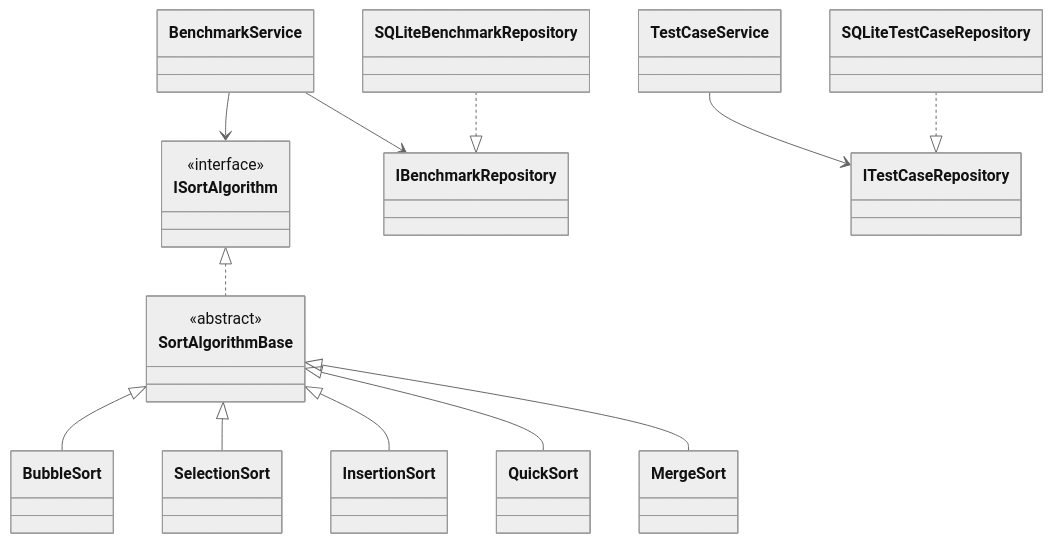
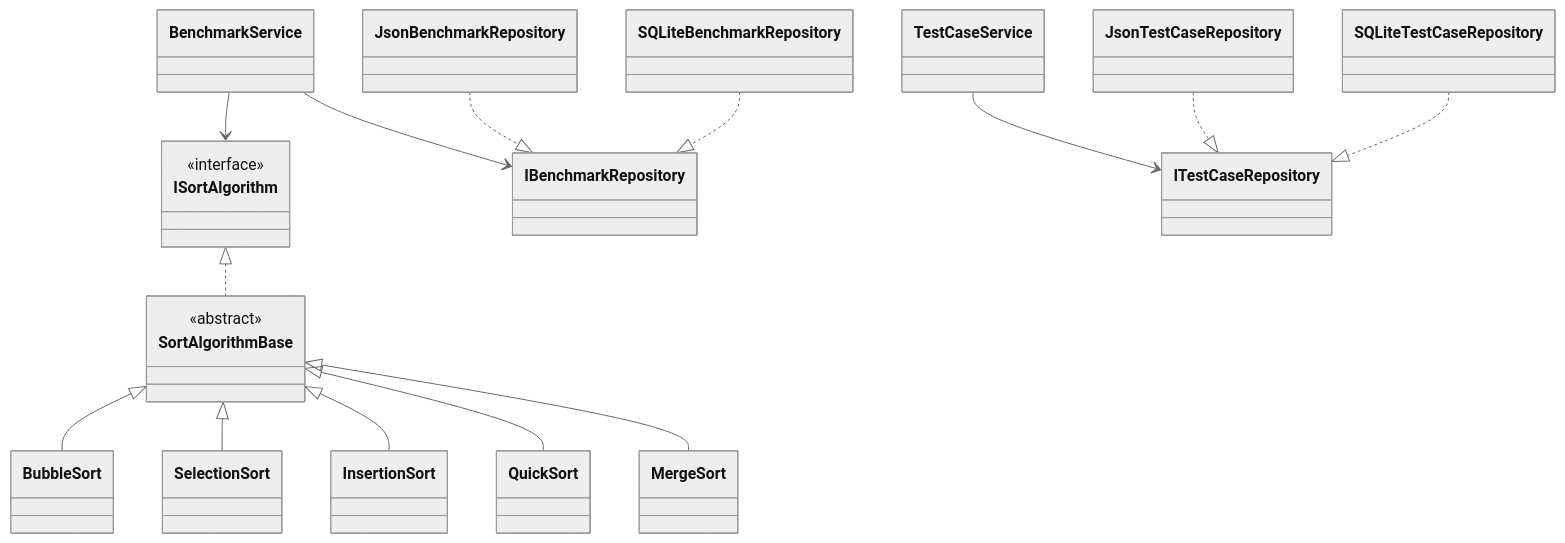
The second of 2 diagrams in 開發計畫書.md (zhouda-apk/algorithm), drawn with Mermaid (neutral theme) before and after one commit. The commit also changed other lines of this file and 116 other files, not shown here.

````diff
--- a/開發計畫書.md
+++ b/開發計畫書.md
@@ -209,20 +220,22 @@
 ```mermaid
 classDiagram
     class ISortAlgorithm {
         <<interface>>
     }
     class SortAlgorithmBase {
         <<abstract>>
     }
     ISortAlgorithm <|.. SortAlgorithmBase
     SortAlgorithmBase <|-- BubbleSort
     SortAlgorithmBase <|-- SelectionSort
     SortAlgorithmBase <|-- InsertionSort
     SortAlgorithmBase <|-- QuickSort
     SortAlgorithmBase <|-- MergeSort
     BenchmarkService --> ISortAlgorithm
     BenchmarkService --> IBenchmarkRepository
     TestCaseService --> ITestCaseRepository
+    JsonTestCaseRepository ..|> ITestCaseRepository
+    JsonBenchmarkRepository ..|> IBenchmarkRepository
     SQLiteTestCaseRepository ..|> ITestCaseRepository
     SQLiteBenchmarkRepository ..|> IBenchmarkRepository
 ```
````
